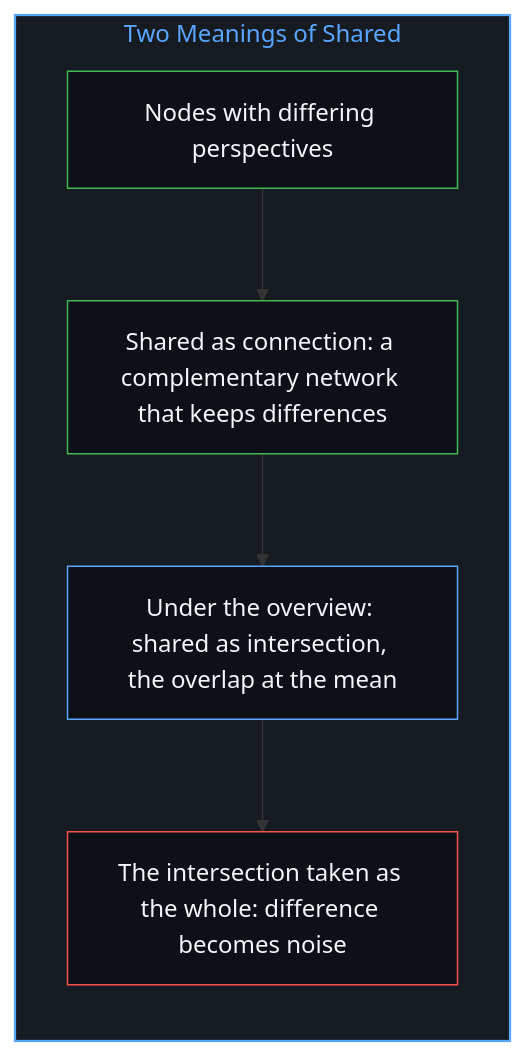
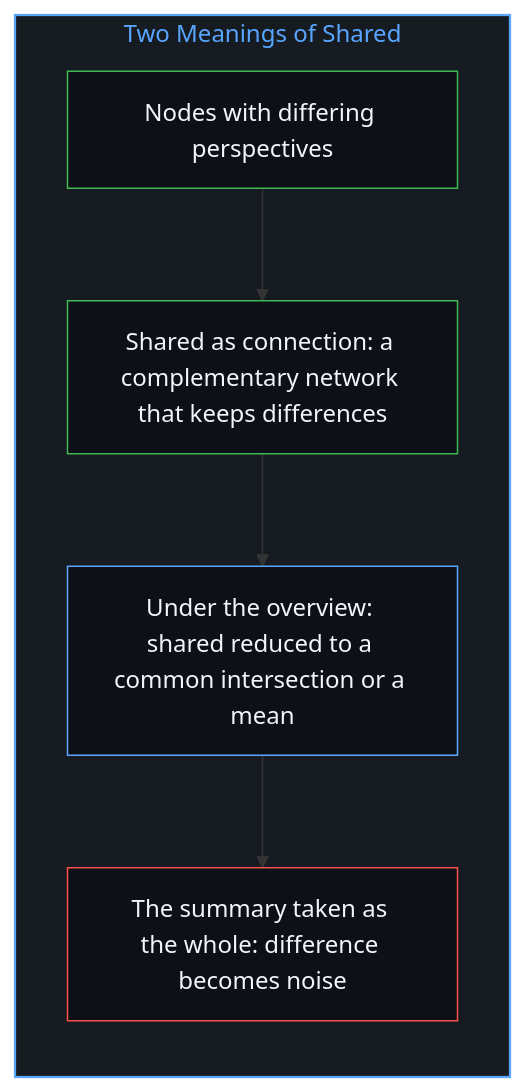
The sixth of 12 diagrams in content/posts/the-illusion-of-distance-and-the-dual-ruler.md (powerpig99/not-a-toe), drawn with Mermaid before and after one commit. The commit also changed other lines of this file and 27 other files, not shown here.

````diff
--- a/content/posts/the-illusion-of-distance-and-the-dual-ruler.md
+++ b/content/posts/the-illusion-of-distance-and-the-dual-ruler.md
@@ -161,19 +156,18 @@
 ```mermaid
 flowchart TD
     subgraph S_Shared["Two Meanings of Shared"]
         direction TB
         Nodes["Nodes with differing perspectives"]
         Net["Shared as connection: a complementary network that keeps differences"]
-        Mean["Under the overview: shared as intersection, the overlap at the mean"]
-        Noise["The intersection taken as the whole: difference becomes noise"]
+        Mean["Under the overview: shared reduced to a common intersection or a mean"]
+        Noise["The summary taken as the whole: difference becomes noise"]
         Nodes --> Net
         Net --> Mean
         Mean --> Noise
     end
-
     style S_Shared fill:#161b22,stroke:#58a6ff,stroke-width:1.5px,color:#58a6ff
     style Nodes fill:#0d1117,stroke:#3fb950,stroke-width:1px,color:#f0f6fc
     style Net fill:#0d1117,stroke:#3fb950,stroke-width:1px,color:#f0f6fc
     style Mean fill:#0d1117,stroke:#58a6ff,stroke-width:1px,color:#f0f6fc
     style Noise fill:#0d1117,stroke:#f85149,stroke-width:1px,color:#f0f6fc
 ```
````
